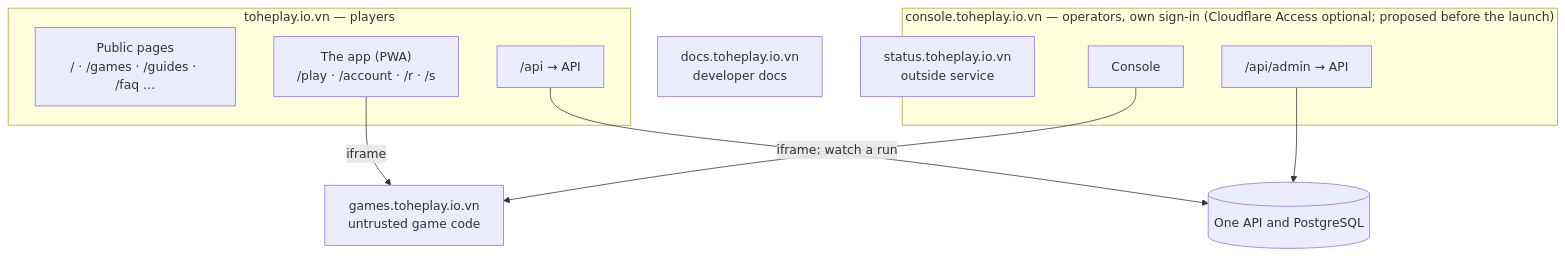
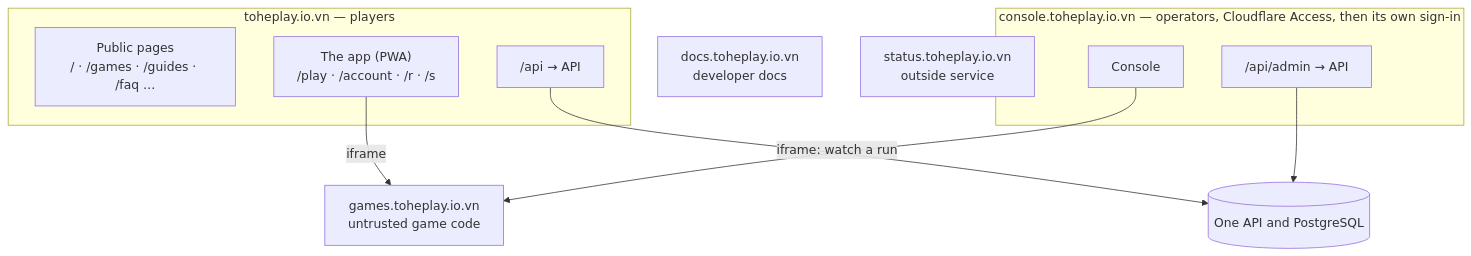
One commit to vinh466/tohe-play changed the first of 2 diagrams in docs/architecture/hosts-and-paths.md. Above: the diagram before and after it, drawn with Mermaid. The commit also changed other lines of this file and 4 other files, not shown here.

Commit message:
docs: record the owner's review of ADR 0046 and 0047 — Access on the console is on, the agent's points approved, the redirect on / waits for the route map

````diff
--- a/docs/architecture/hosts-and-paths.md
+++ b/docs/architecture/hosts-and-paths.md
@@ -22,19 +21,19 @@
 ```mermaid
 flowchart TB
   subgraph players ["toheplay.io.vn — players"]
     web["Public pages<br/>/ · /games · /guides · /faq …"]
     app["The app (PWA)<br/>/play · /account · /r · /s"]
     papi["/api → API"]
   end
-  subgraph ops ["console.toheplay.io.vn — operators, own sign-in (Cloudflare Access optional; proposed before the launch)"]
+  subgraph ops ["console.toheplay.io.vn — operators, Cloudflare Access, then its own sign-in"]
     console["Console"]
     capi["/api/admin → API"]
   end
   games["games.toheplay.io.vn<br/>untrusted game code"]
   docs["docs.toheplay.io.vn<br/>developer docs"]
   status["status.toheplay.io.vn<br/>outside service"]
   app -- iframe --> games
   console -- "iframe: watch a run" --> games
   papi --> api[(One API and PostgreSQL)]
   capi --> api
 ```
````
